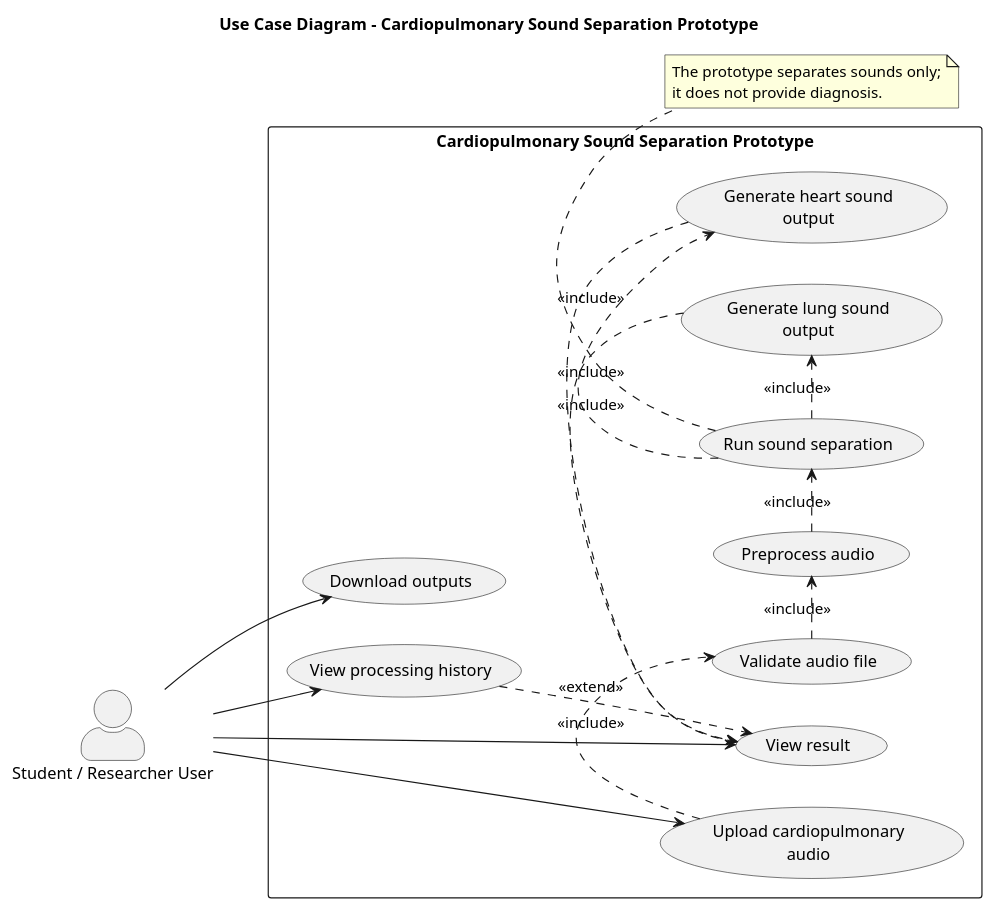
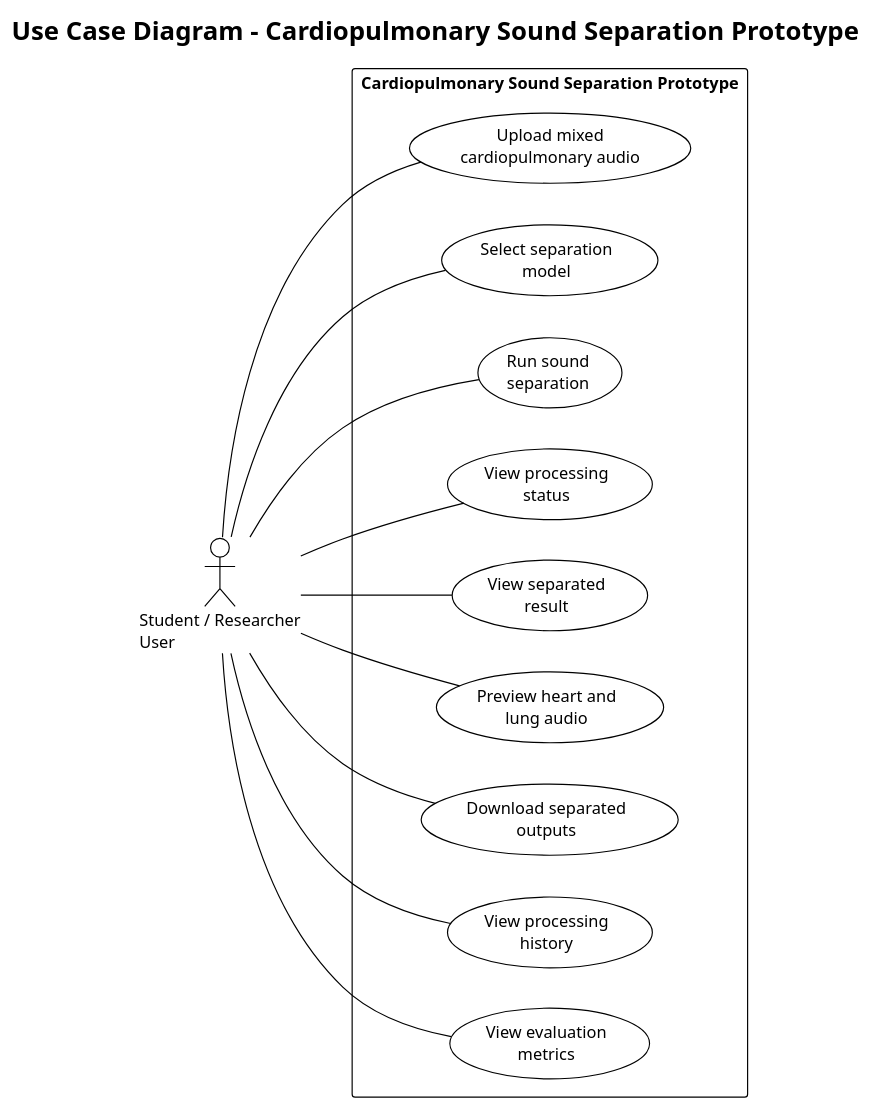
Before and after one commit to ASHRAF-2004/fyp-cardiopulmonary-sound-separation-report: the diagram in diagrams/plantuml/use_case_diagram.puml, drawn with PlantUML. The commit also changed 30 other files, not shown here.

Commit message:
Refine system design diagrams and algorithm plan

```diff
--- a/diagrams/plantuml/use_case_diagram.puml
+++ b/diagrams/plantuml/use_case_diagram.puml
@@ -1,40 +1,32 @@
 @startuml
+!theme plain
 title Use Case Diagram - Cardiopulmonary Sound Separation Prototype
 
 left to right direction
-skinparam actorStyle awesome
+skinparam shadowing false
 
-actor "Student / Researcher User" as User
+actor "Student / Researcher\nUser" as User
 
 rectangle "Cardiopulmonary Sound Separation Prototype" {
-  usecase "Upload cardiopulmonary\naudio" as UC1
-  usecase "Validate audio file" as UC2
-  usecase "Preprocess audio" as UC3
-  usecase "Run sound separation" as UC4
-  usecase "Generate heart sound\noutput" as UC5
-  usecase "Generate lung sound\noutput" as UC6
-  usecase "View result" as UC7
-  usecase "Download outputs" as UC8
-  usecase "View processing history" as UC9
+  usecase "Upload mixed\ncardiopulmonary audio" as UCUpload
+  usecase "Select separation\nmodel" as UCSelectModel
+  usecase "Run sound\nseparation" as UCRun
+  usecase "View processing\nstatus" as UCStatus
+  usecase "View separated\nresult" as UCView
+  usecase "Preview heart and\nlung audio" as UCPreview
+  usecase "Download separated\noutputs" as UCDownload
+  usecase "View processing\nhistory" as UCHistory
+  usecase "View evaluation\nmetrics" as UCMetrics
 }
 
-User --> UC1
-User --> UC7
-User --> UC8
-User --> UC9
-
-UC1 .> UC2 : <<include>>
-UC2 .> UC3 : <<include>>
-UC3 .> UC4 : <<include>>
-UC4 .> UC5 : <<include>>
-UC4 .> UC6 : <<include>>
-UC5 .> UC7 : <<include>>
-UC6 .> UC7 : <<include>>
-UC9 ..> UC7 : <<extend>>
-
-note bottom of UC4
-The prototype separates sounds only;
-it does not provide diagnosis.
-end note
+User -- UCUpload
+User -- UCSelectModel
+User -- UCRun
+User -- UCStatus
+User -- UCView
+User -- UCPreview
+User -- UCDownload
+User -- UCHistory
+User -- UCMetrics
 
 @enduml
```
